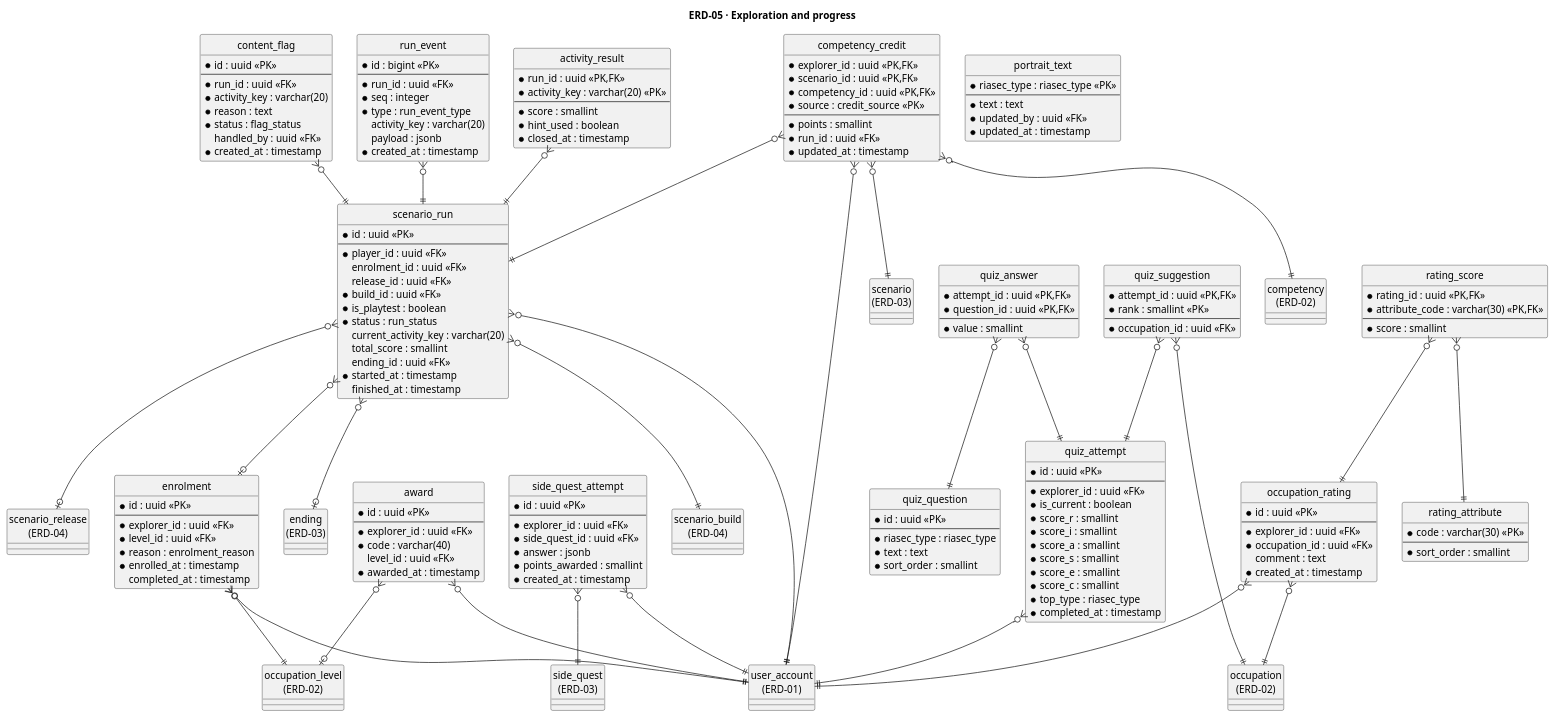
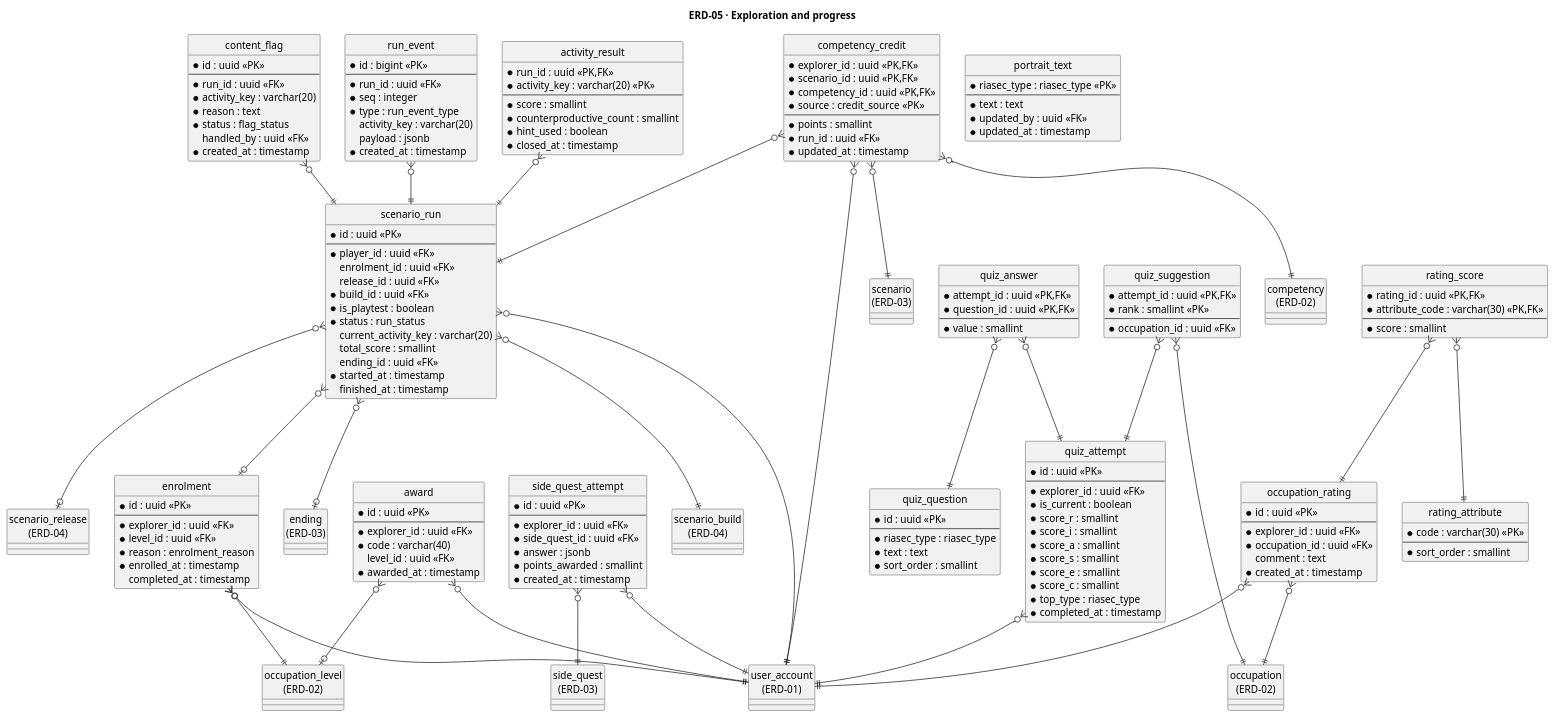
The diagram in reports/master/plantuml/erd/ERD-05_ExplorationAndProgress.puml (The-Golden-Trio/Capstone-Project), drawn with PlantUML before and after one commit. The commit also changed 4 other files, not shown here.

First line of the commit message:
docs(report): thêm hợp đồng API openapi.yaml và cập nhật ERD theo thang điểm 0/1/2

```diff
--- a/reports/master/plantuml/erd/ERD-05_ExplorationAndProgress.puml
+++ b/reports/master/plantuml/erd/ERD-05_ExplorationAndProgress.puml
@@ -1,196 +1,197 @@
 @startuml ERD-05_ExplorationAndProgress
 title ERD-05 · Exploration and progress
 hide circle
 
 entity "enrolment" as enrolment {
   * id : uuid <<PK>>
   --
   * explorer_id : uuid <<FK>>
   * level_id : uuid <<FK>>
   * reason : enrolment_reason
   * enrolled_at : timestamp
     completed_at : timestamp
 }
 
 entity "scenario_run" as scenario_run {
   * id : uuid <<PK>>
   --
   * player_id : uuid <<FK>>
     enrolment_id : uuid <<FK>>
     release_id : uuid <<FK>>
   * build_id : uuid <<FK>>
   * is_playtest : boolean
   * status : run_status
     current_activity_key : varchar(20)
     total_score : smallint
     ending_id : uuid <<FK>>
   * started_at : timestamp
     finished_at : timestamp
 }
 
 entity "run_event" as run_event {
   * id : bigint <<PK>>
   --
   * run_id : uuid <<FK>>
   * seq : integer
   * type : run_event_type
     activity_key : varchar(20)
     payload : jsonb
   * created_at : timestamp
 }
 
 entity "activity_result" as activity_result {
   * run_id : uuid <<PK,FK>>
   * activity_key : varchar(20) <<PK>>
   --
   * score : smallint
+  * counterproductive_count : smallint
   * hint_used : boolean
   * closed_at : timestamp
 }
 
 entity "competency_credit" as competency_credit {
   * explorer_id : uuid <<PK,FK>>
   * scenario_id : uuid <<PK,FK>>
   * competency_id : uuid <<PK,FK>>
   * source : credit_source <<PK>>
   --
   * points : smallint
   * run_id : uuid <<FK>>
   * updated_at : timestamp
 }
 
 entity "side_quest_attempt" as side_quest_attempt {
   * id : uuid <<PK>>
   --
   * explorer_id : uuid <<FK>>
   * side_quest_id : uuid <<FK>>
   * answer : jsonb
   * points_awarded : smallint
   * created_at : timestamp
 }
 
 entity "award" as award {
   * id : uuid <<PK>>
   --
   * explorer_id : uuid <<FK>>
   * code : varchar(40)
     level_id : uuid <<FK>>
   * awarded_at : timestamp
 }
 
 entity "content_flag" as content_flag {
   * id : uuid <<PK>>
   --
   * run_id : uuid <<FK>>
   * activity_key : varchar(20)
   * reason : text
   * status : flag_status
     handled_by : uuid <<FK>>
   * created_at : timestamp
 }
 
 entity "occupation_rating" as occupation_rating {
   * id : uuid <<PK>>
   --
   * explorer_id : uuid <<FK>>
   * occupation_id : uuid <<FK>>
     comment : text
   * created_at : timestamp
 }
 
 entity "rating_attribute" as rating_attribute {
   * code : varchar(30) <<PK>>
   --
   * sort_order : smallint
 }
 
 entity "rating_score" as rating_score {
   * rating_id : uuid <<PK,FK>>
   * attribute_code : varchar(30) <<PK,FK>>
   --
   * score : smallint
 }
 
 entity "quiz_question" as quiz_question {
   * id : uuid <<PK>>
   --
   * riasec_type : riasec_type
   * text : text
   * sort_order : smallint
 }
 
 entity "quiz_attempt" as quiz_attempt {
   * id : uuid <<PK>>
   --
   * explorer_id : uuid <<FK>>
   * is_current : boolean
   * score_r : smallint
   * score_i : smallint
   * score_a : smallint
   * score_s : smallint
   * score_e : smallint
   * score_c : smallint
   * top_type : riasec_type
   * completed_at : timestamp
 }
 
 entity "quiz_answer" as quiz_answer {
   * attempt_id : uuid <<PK,FK>>
   * question_id : uuid <<PK,FK>>
   --
   * value : smallint
 }
 
 entity "quiz_suggestion" as quiz_suggestion {
   * attempt_id : uuid <<PK,FK>>
   * rank : smallint <<PK>>
   --
   * occupation_id : uuid <<FK>>
 }
 
 entity "portrait_text" as portrait_text {
   * riasec_type : riasec_type <<PK>>
   --
   * text : text
   * updated_by : uuid <<FK>>
   * updated_at : timestamp
 }
 
 entity "competency\n(ERD-02)" as competency
 entity "ending\n(ERD-03)" as ending
 entity "occupation\n(ERD-02)" as occupation
 entity "occupation_level\n(ERD-02)" as occupation_level
 entity "scenario\n(ERD-03)" as scenario
 entity "scenario_build\n(ERD-04)" as scenario_build
 entity "scenario_release\n(ERD-04)" as scenario_release
 entity "side_quest\n(ERD-03)" as side_quest
 entity "user_account\n(ERD-01)" as user_account
 
 enrolment }o--|| user_account
 enrolment }o--|| occupation_level
 scenario_run }o--|| user_account
 scenario_run }o--o| enrolment
 scenario_run }o--o| scenario_release
 scenario_run }o--|| scenario_build
 scenario_run }o--o| ending
 run_event }o--|| scenario_run
 activity_result }o--|| scenario_run
 competency_credit }o--|| user_account
 competency_credit }o--|| scenario
 competency_credit }o--|| competency
 competency_credit }o--|| scenario_run
 side_quest_attempt }o--|| user_account
 side_quest_attempt }o--|| side_quest
 award }o--|| user_account
 award }o--o| occupation_level
 content_flag }o--|| scenario_run
 occupation_rating }o--|| user_account
 occupation_rating }o--|| occupation
 rating_score }o--|| occupation_rating
 rating_score }o--|| rating_attribute
 quiz_attempt }o--|| user_account
 quiz_answer }o--|| quiz_attempt
 quiz_answer }o--|| quiz_question
 quiz_suggestion }o--|| quiz_attempt
 quiz_suggestion }o--|| occupation
 @enduml
```
